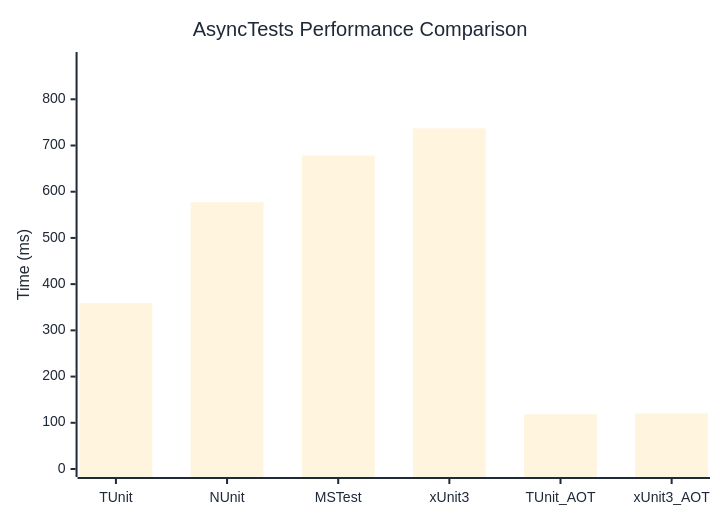
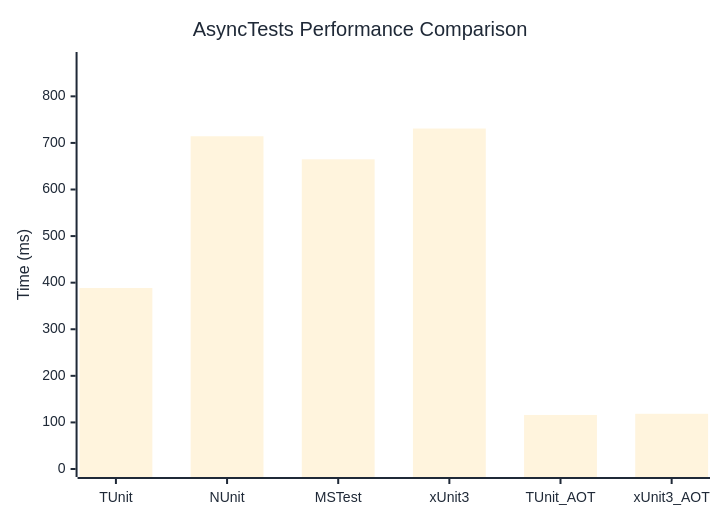
One commit to thomhurst/TUnit changed the diagram in docs/docs/benchmarks/engine/AsyncTests.md. Above: the diagram before and after it, drawn with Mermaid. The commit also changed other lines of this file and 18 other files, not shown here.

````diff
--- a/docs/docs/benchmarks/engine/AsyncTests.md
+++ b/docs/docs/benchmarks/engine/AsyncTests.md
@@ -30,37 +30,37 @@
 ```mermaid
 %%{init: {
   'theme':'base',
   'themeVariables': {
     'primaryColor': '#2563eb',
     'primaryTextColor': '#1f2937',
     'primaryBorderColor': '#1e40af',
     'lineColor': '#6b7280',
     'secondaryColor': '#7c3aed',
     'tertiaryColor': '#dc2626',
     'background': '#ffffff',
     'mainBkg': '#2563eb',
     'secondBkg': '#7c3aed',
     'tertiaryBkg': '#dc2626',
     'clusterBkg': '#f3f4f6',
     'edgeLabelBackground': '#ffffff',
     'tertiaryTextColor': '#1f2937',
     'pie1': '#2563eb',
     'pie2': '#7c3aed',
     'pie3': '#dc2626',
     'pie4': '#f59e0b',
     'pie5': '#10b981',
     'pie6': '#06b6d4',
     'pie7': '#ec4899',
     'pie8': '#6366f1',
     'pie9': '#84cc16',
     'pie10': '#f97316',
     'pie11': '#14b8a6',
     'pie12': '#a855f7'
   }
 }}%%
 xychart-beta
   title "AsyncTests Performance Comparison"
   x-axis ["TUnit", "NUnit", "MSTest", "xUnit3", "TUnit_AOT", "xUnit3_AOT"]
-  y-axis "Time (ms)" 0 --> 885
-  bar [358.9, 577.1, 678, 737, 118.5, 120.1]
+  y-axis "Time (ms)" 0 --> 878
+  bar [388.5, 714.3, 664.8, 730.9, 116, 118.5]
 ```
````
